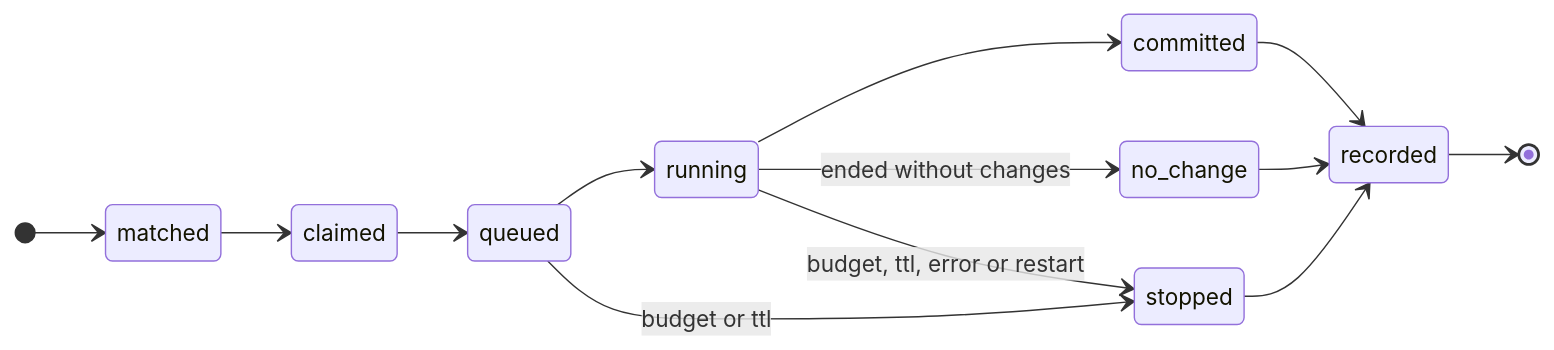
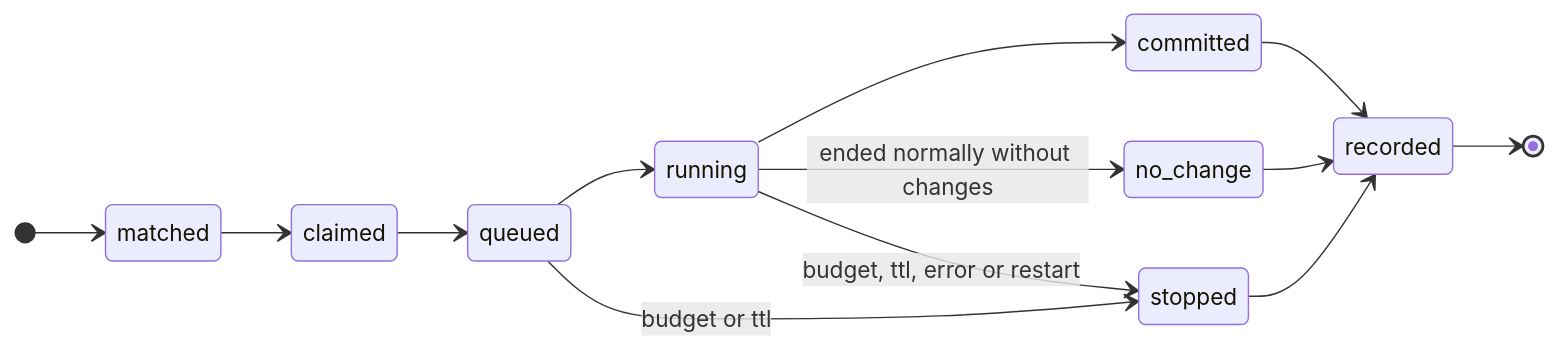
Before and after one commit to jerryjvl/pi-active-vaults: the diagram in docs/components/daemon.md, drawn with Mermaid. The commit also changed other lines of this file and 3 other files, not shown here.

````diff
--- a/docs/components/daemon.md
+++ b/docs/components/daemon.md
@@ -26,16 +26,16 @@
 ```mermaid
 stateDiagram-v2
   direction LR
   [*] --> matched
   matched --> claimed
   claimed --> queued
   queued --> running
   running --> committed
-  running --> no_change: ended without changes
+  running --> no_change: ended normally without changes
   committed --> recorded
   no_change --> recorded
   queued --> stopped: budget or ttl
   running --> stopped: budget, ttl, error or restart
   stopped --> recorded
   recorded --> [*]
 ```
````
